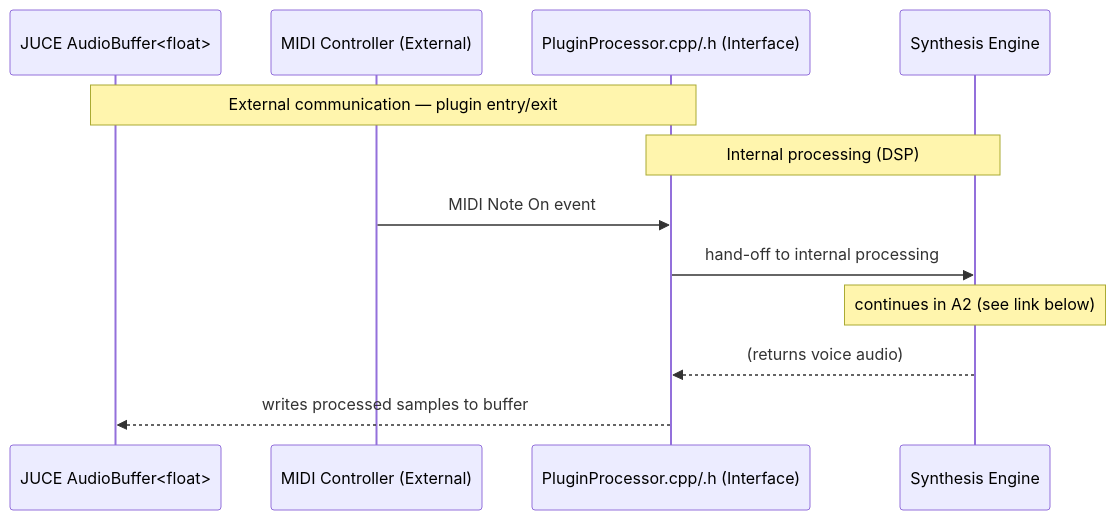
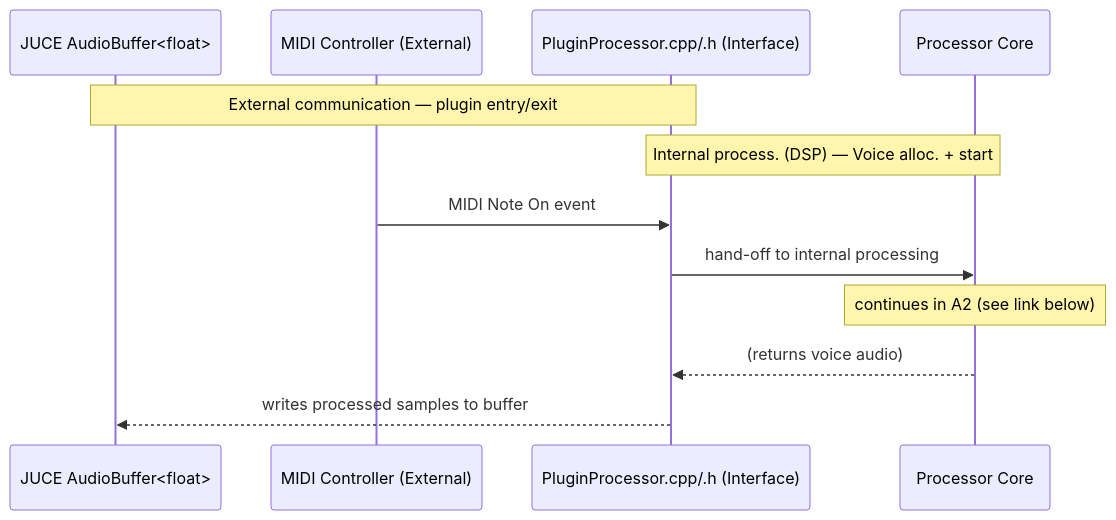
The first of 6 diagrams in docs/architecture.md (TYLERSFOSTER/MIDIControl001), drawn with Mermaid before and after one commit. The commit also changed other lines of this file, not shown here.

````diff
--- a/docs/architecture.md
+++ b/docs/architecture.md
@@ -55,15 +55,15 @@
 ```mermaid
 sequenceDiagram
 participant Buffer as JUCE AudioBuffer<float>
 participant MIDI as MIDI Controller (External)
 participant PluginProcessor as PluginProcessor.cpp/.h (Interface)
-participant Ref as Synthesis Engine
+participant Ref as Processor Core
 
 Note over Buffer,PluginProcessor: External communication — plugin entry/exit
-Note over PluginProcessor,Ref: Internal processing (DSP)
+Note over PluginProcessor,Ref: Internal process. (DSP) — Voice alloc. + start
 MIDI->>PluginProcessor: MIDI Note On event
 PluginProcessor->>Ref: hand-off to internal processing
 Note over Ref: continues in A2 (see link below)
 Ref-->>PluginProcessor: (returns voice audio)
 PluginProcessor-->>Buffer: writes processed samples to buffer
 ```
````
